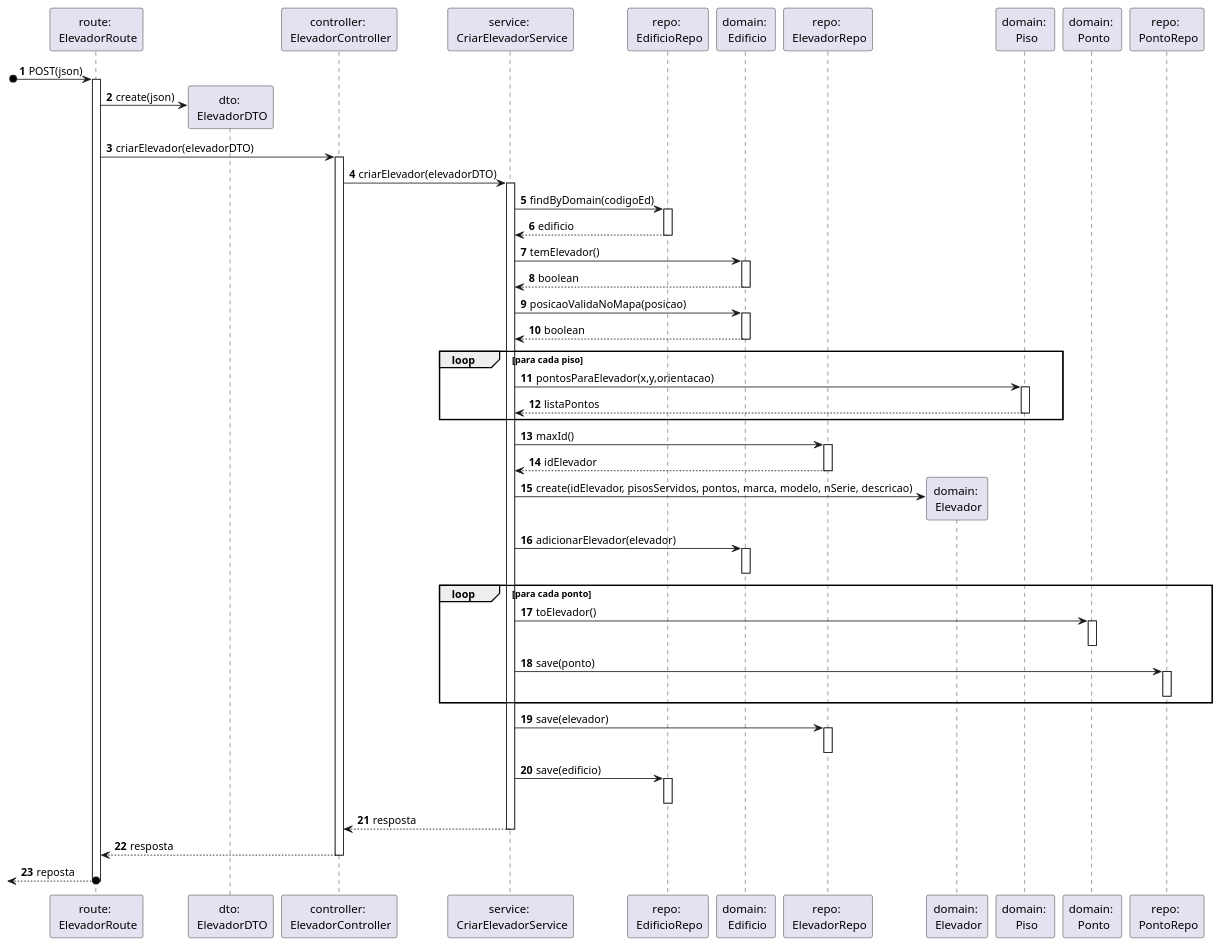
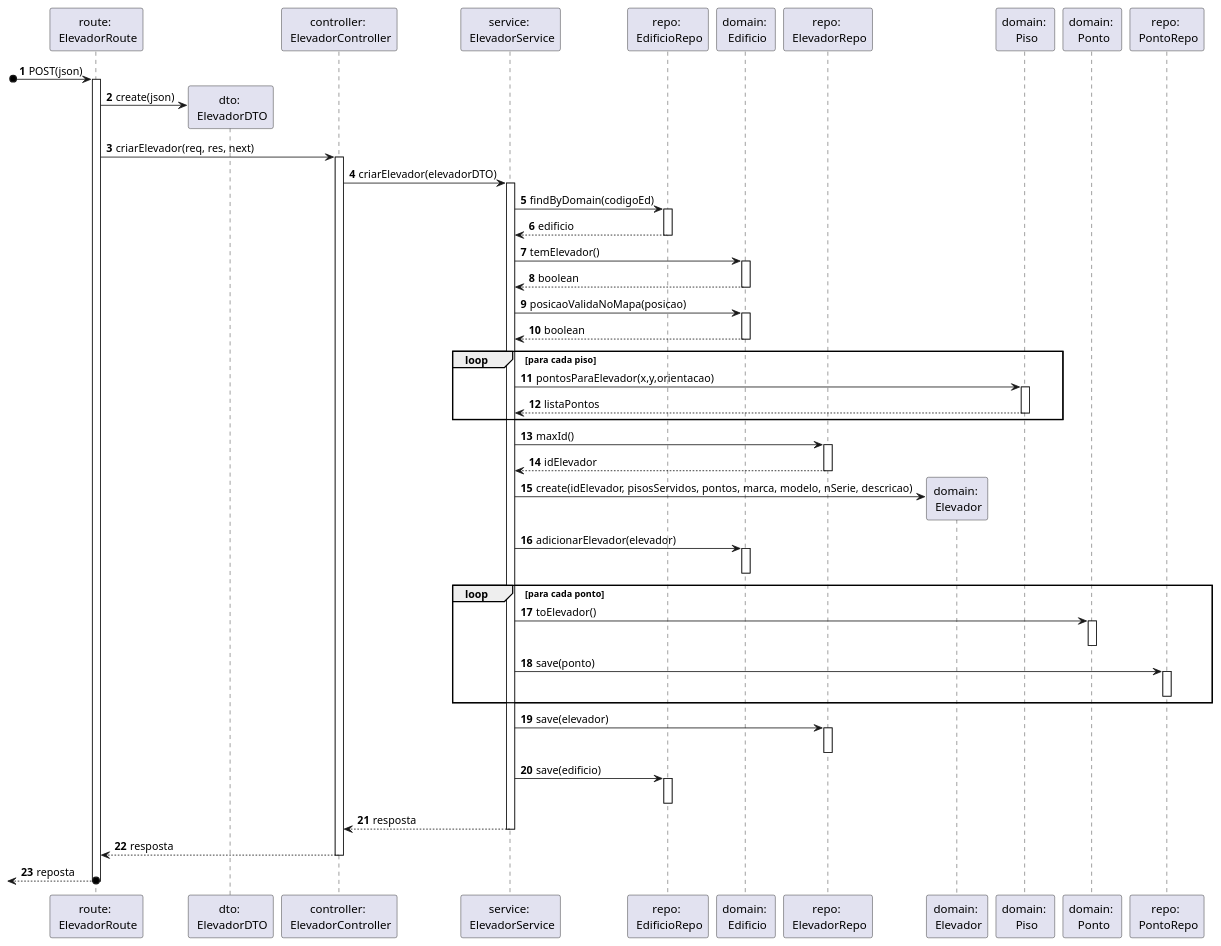
Before and after one commit to SEM5PI2324G58/sem5pi_g58_23_24: the diagram in docs/Sprint_A/US_270/N3/N3_VP.puml, drawn with PlantUML. The commit also changed 3 other files, not shown here.

```diff
--- a/docs/Sprint_A/US_270/N3/N3_VP.puml
+++ b/docs/Sprint_A/US_270/N3/N3_VP.puml
@@ -1,60 +1,60 @@
 autonumber
 
 participant "route: \n ElevadorRoute" as route
 participant "dto: \n ElevadorDTO" as dto
 participant "controller: \n ElevadorController" as ctrl
-participant "service: \n CriarElevadorService" as service
+participant "service: \n ElevadorService" as service
 participant "repo: \n EdificioRepo" as edRepo
 participant "domain: \n Edificio" as edificio
 participant "repo: \n ElevadorRepo" as eleRepo
 participant "domain: \n Elevador" as elevador
 participant "domain: \n Piso" as Piso
 participant "domain: \n Ponto" as ponto
 participant "repo: \n PontoRepo" as pRepo
 
 
 [o-> route: POST(json)
 activate route
 route -> dto ** : create(json)
-route -> ctrl: criarElevador(elevadorDTO)
+route -> ctrl: criarElevador(req, res, next)
 activate ctrl
 ctrl -> service: criarElevador(elevadorDTO) 
 activate service
 service -> edRepo: findByDomain(codigoEd)
 activate edRepo
 return edificio
 service -> edificio : temElevador()
 activate edificio
 return boolean
 service -> edificio : posicaoValidaNoMapa(posicao)
 activate edificio
 return boolean
 loop para cada piso
 service -> Piso : pontosParaElevador(x,y,orientacao)
 activate Piso
 return listaPontos
 end loop para cada piso
 service -> eleRepo: maxId()
 activate eleRepo
 return idElevador
 service -> elevador ** : create(idElevador, pisosServidos, pontos, marca, modelo, nSerie, descricao)
 service -> edificio: adicionarElevador(elevador)
 activate edificio
 deactivate edificio
 loop para cada ponto 
 service -> ponto: toElevador()
 activate ponto
 deactivate ponto
 service -> pRepo: save(ponto)
 activate pRepo
 deactivate pRepo
 end loop
 service -> eleRepo: save(elevador)
 activate eleRepo
 deactivate eleRepo
 service -> edRepo: save(edificio)
 activate edRepo
 deactivate edRepo
 return resposta
 return resposta
 return reposta
```
